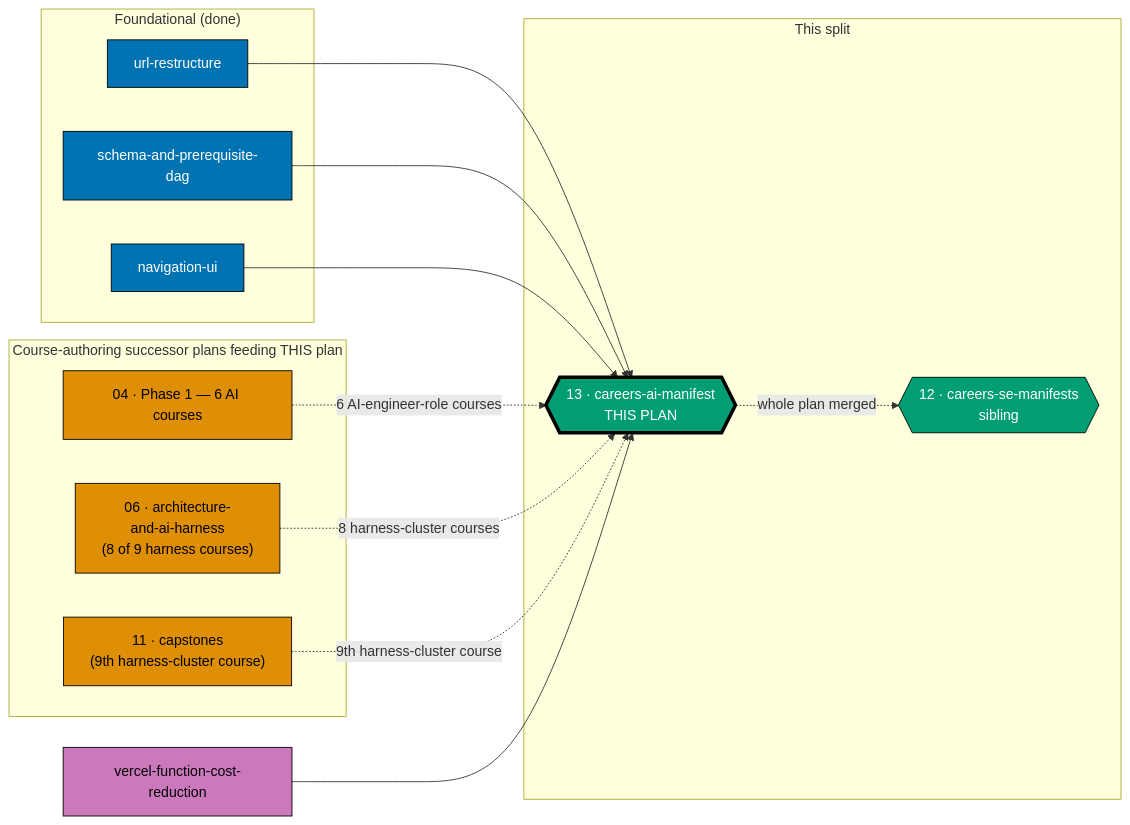
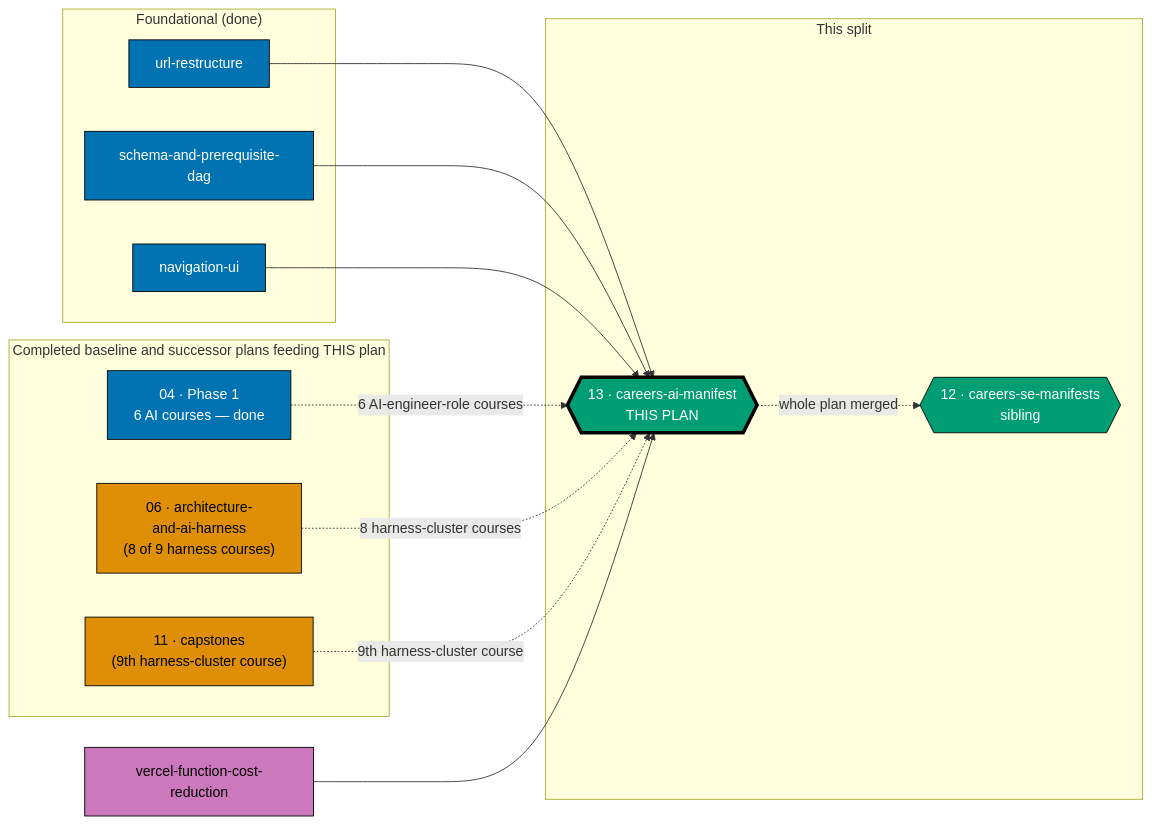
Before and after one commit to wahidyankf/open-sharia-fintech: the second of 3 diagrams in plans/backlog/ayokoding-learning-path-13-careers-ai-manifest/README.md, drawn with Mermaid. The commit also changed other lines of this file and 11 other files, not shown here.

Commit message:
docs(plans): update ayokoding backlog after plan 04

````diff
--- a/plans/backlog/ayokoding-learning-path-13-careers-ai-manifest/README.md
+++ b/plans/backlog/ayokoding-learning-path-13-careers-ai-manifest/README.md
@@ -117,36 +117,36 @@
 ```mermaid
 %% Dependency position of this plan and its sibling within the programme.
 %% Node SHAPE encodes kind: rectangle = foundational/infra plan, stadium = course-authoring successor,
 %% hexagon = this split's two manifest plans.
 flowchart LR
     subgraph F["Foundational (done)"]
         P1["url-restructure"]:::done
         P2["schema-and-prerequisite-dag"]:::done
         P3["navigation-ui"]:::done
     end
-    subgraph CA["Course-authoring successor plans feeding THIS plan"]
-        CA1["04 · Phase 1 — 6 AI courses"]:::ca
+    subgraph CA["Completed baseline and successor plans feeding THIS plan"]
+        CA1["04 · Phase 1<br/>6 AI courses — done"]:::done
         CA3["06 · architecture-<br/>and-ai-harness<br/>(8 of 9 harness courses)"]:::ca
         CA8["11 · capstones<br/>(9th harness-cluster course)"]:::ca
     end
     subgraph THIS["This split"]
         P12{{"12 · careers-se-manifests<br/>sibling"}}:::sibling
         P13{{"13 · careers-ai-manifest<br/>THIS PLAN"}}:::this
     end
     VFC["vercel-function-cost-reduction"]:::infra
 
     P1 --> P13
     P2 --> P13
     P3 --> P13
     CA1 -.->|"6 AI-engineer-role courses"| P13
     CA3 -.->|"8 harness-cluster courses"| P13
     CA8 -.->|"9th harness-cluster course"| P13
     VFC --> P13
     P13 -.->|"whole plan merged"| P12
 
     classDef done fill:#0173B2,stroke:#000000,color:#FFFFFF
     classDef ca fill:#DE8F05,stroke:#000000,color:#000000
     classDef this fill:#029E73,stroke:#000000,color:#FFFFFF,stroke-width:4px
     classDef sibling fill:#029E73,stroke:#000000,color:#FFFFFF
     classDef infra fill:#CC78BC,stroke:#000000,color:#000000
 ```
````
